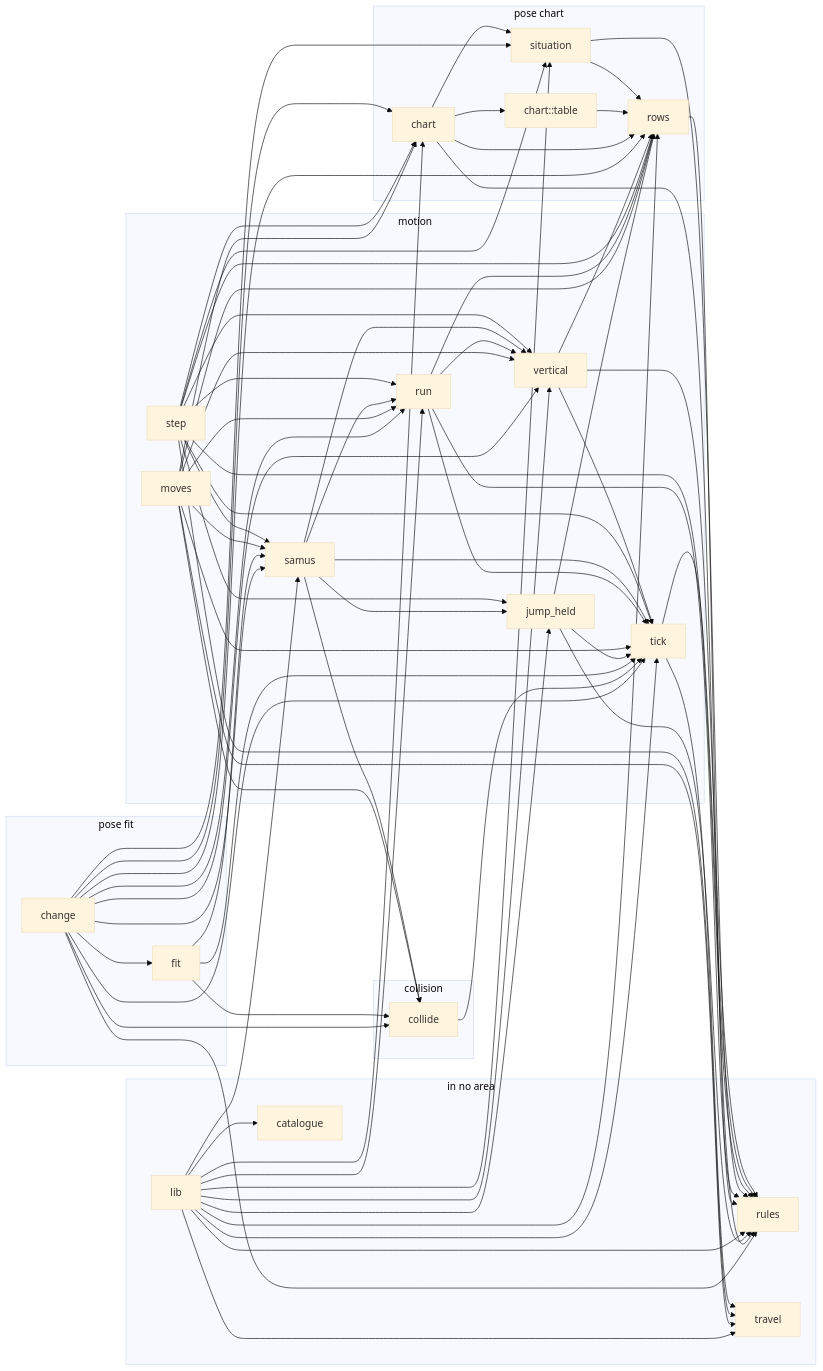
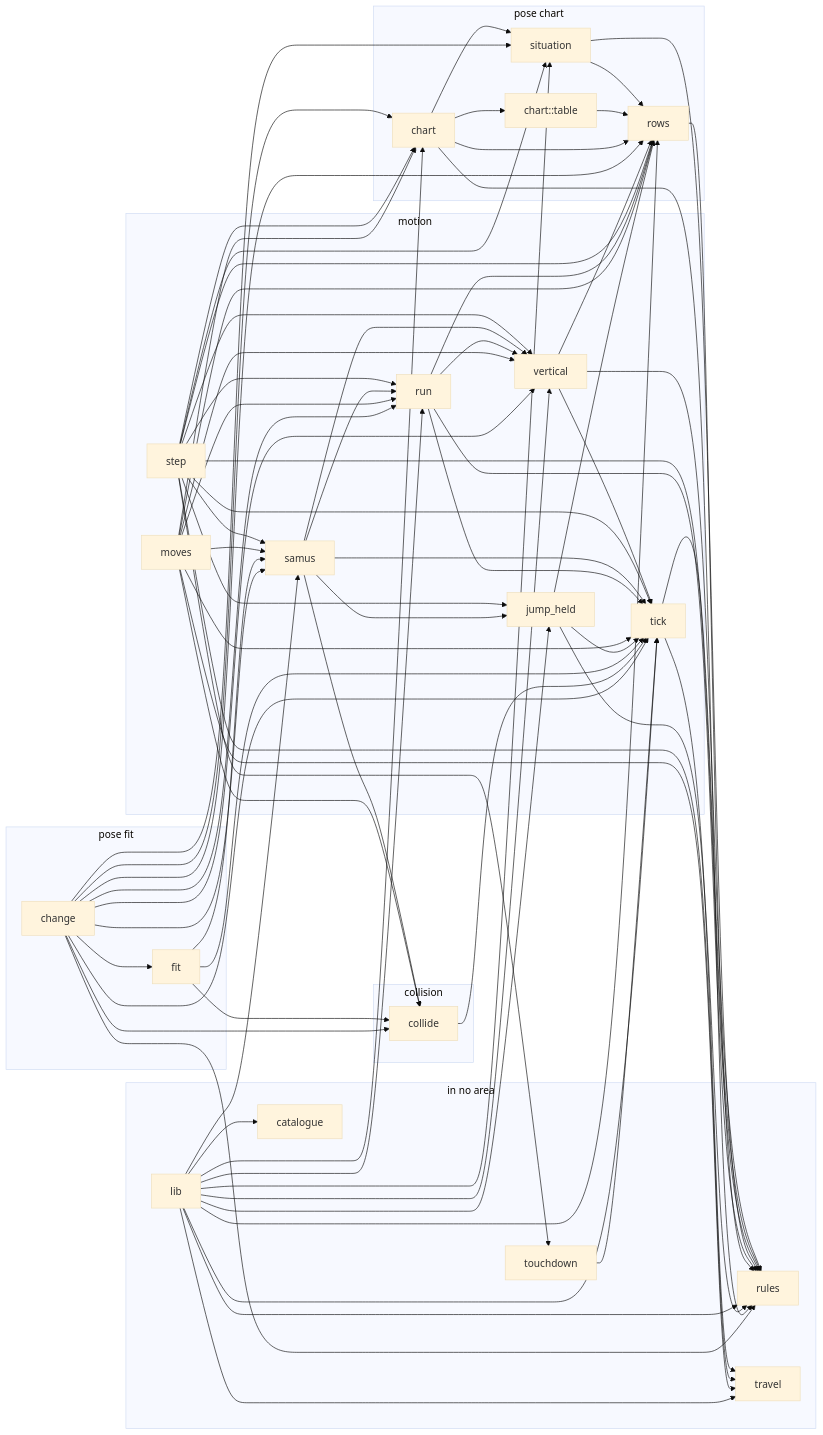
One commit to JimLundin/sm-decomp changed the fifth of 12 diagrams in docs/REPORT.md. Above: the diagram before and after it, drawn with Mermaid (base theme). The commit also changed other lines of this file and 35 other files, not shown here.

```diff
--- a/docs/REPORT.md
+++ b/docs/REPORT.md
@@ -1379,6 +1384,7 @@
     m_catalogue["catalogue"]
     m_lib["lib"]
     m_rules["rules"]
+    m_touchdown["touchdown"]
     m_travel["travel"]
   end
   subgraph a_collision["collision"]
@@ -1464,10 +1470,12 @@
   m_step --> m_samus
   m_step --> m_situation
   m_step --> m_tick
+  m_step --> m_touchdown
   m_step --> m_travel
   m_step --> m_vertical
   m_tick --> m_rules
   m_tick --> m_travel
+  m_touchdown --> m_tick
   m_vertical --> m_rows
   m_vertical --> m_rules
   m_vertical --> m_tick
```
